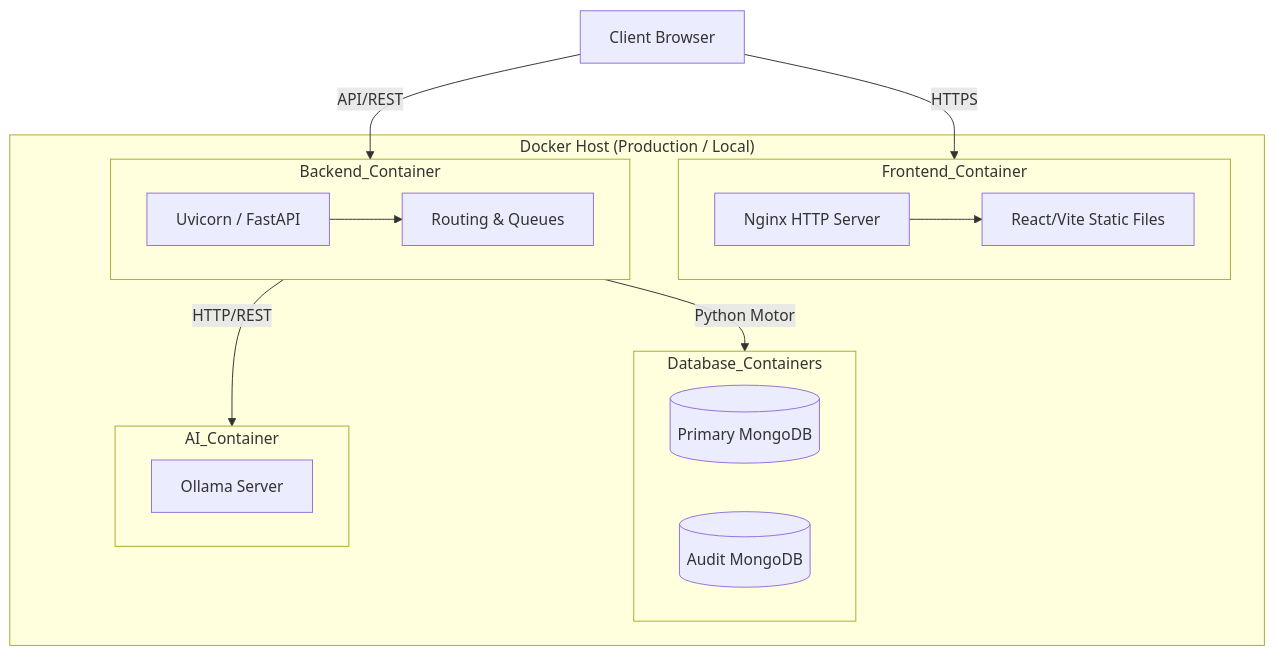
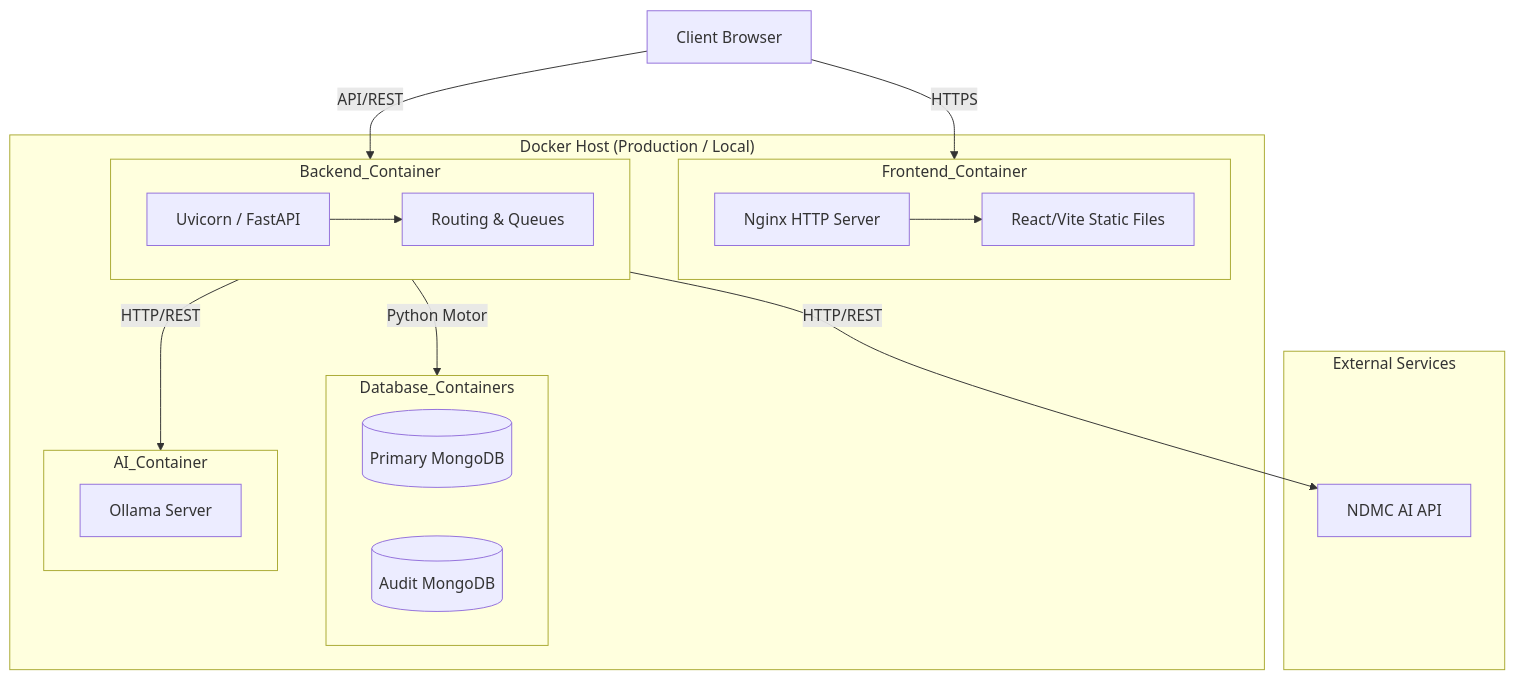
Before and after one commit to ark5234/Jan-Sunwai-AI: the ninth of 10 diagrams in docs/DIAGRAMS.md, drawn with Mermaid. The commit also changed other lines of this file and 26 other files, not shown here.

````diff
--- a/docs/DIAGRAMS.md
+++ b/docs/DIAGRAMS.md
@@ -255,31 +242,36 @@
 ```mermaid
 flowchart TD
     subgraph "Docker Host (Production / Local)"
         subgraph Frontend_Container
             Nginx[Nginx HTTP Server]
             React[React/Vite Static Files]
             Nginx --> React
         end
         
         subgraph Backend_Container
             Uvicorn[Uvicorn / FastAPI]
             PyLogic[Routing & Queues]
             Uvicorn --> PyLogic
         end
         
         subgraph Database_Containers
             MongoDB[(Primary MongoDB)]
             NDMCDB[(Audit MongoDB)]
         end
         
         subgraph AI_Container
             Ollama[Ollama Server]
         end
     end
+
+    subgraph "External Services"
+        NDMC_API[NDMC AI API]
+    end
     
     ClientBrowser[Client Browser] -->|HTTPS| Frontend_Container
     ClientBrowser -->|API/REST| Backend_Container
     
     Backend_Container -->|Python Motor| Database_Containers
     Backend_Container -->|HTTP/REST| AI_Container
+    Backend_Container -->|HTTP/REST| NDMC_API
 ```
````
